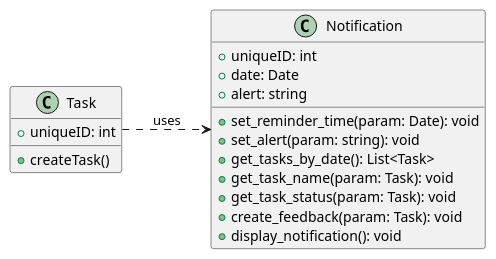
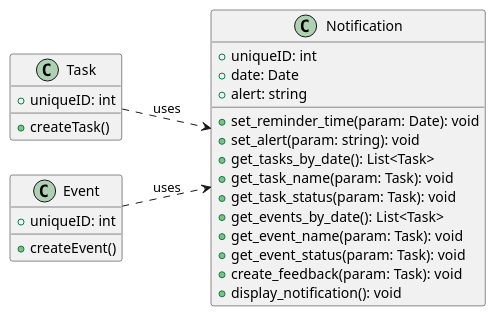
One commit to CS361-2024Fall-Term/Innovators changed the diagram in assignment6/notification.puml. Above: the diagram before and after it, drawn with PlantUML.

Commit message:
add notifications to event

```diff
--- a/assignment6/notification.puml
+++ b/assignment6/notification.puml
@@ -1,30 +1,41 @@
 @startuml
 
 left to right direction
 
 
 class Notification {
   +uniqueID: int  
   +date: Date
   +alert: string
   
   +set_reminder_time(param: Date): void
   +set_alert(param: string): void
   +get_tasks_by_date(): List<Task>
   +get_task_name(param: Task): void
   +get_task_status(param: Task): void
+  +get_events_by_date(): List<Task>
+  +get_event_name(param: Task): void
+  +get_event_status(param: Task): void
   +create_feedback(param: Task): void
   +display_notification(): void
 }
 
 
 class Task {
   +uniqueID: int
   +createTask()
 }
 
 
+class Event {
+  +uniqueID: int
+  +createEvent()
+}
+
+
 Task ..> Notification: uses
+Event ..> Notification: uses
+
 
 
 @enduml
```
